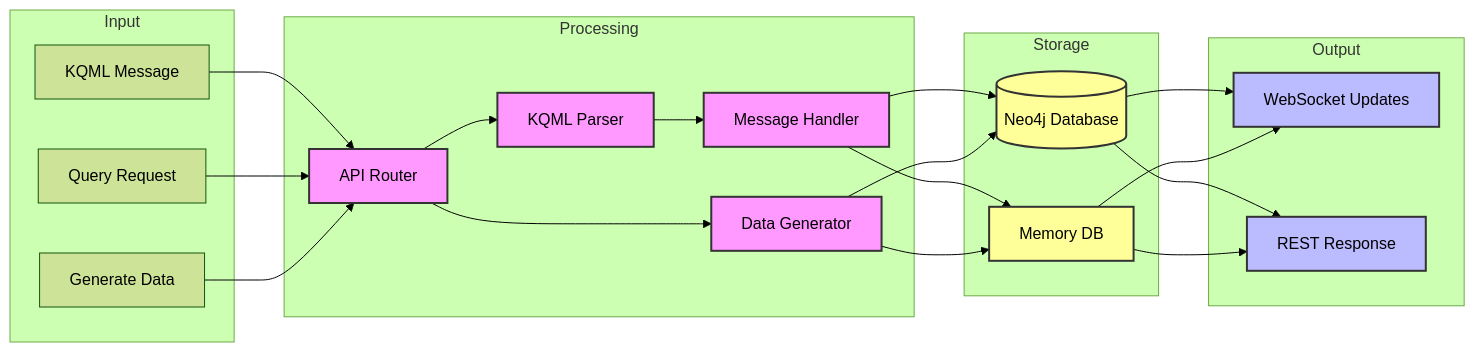
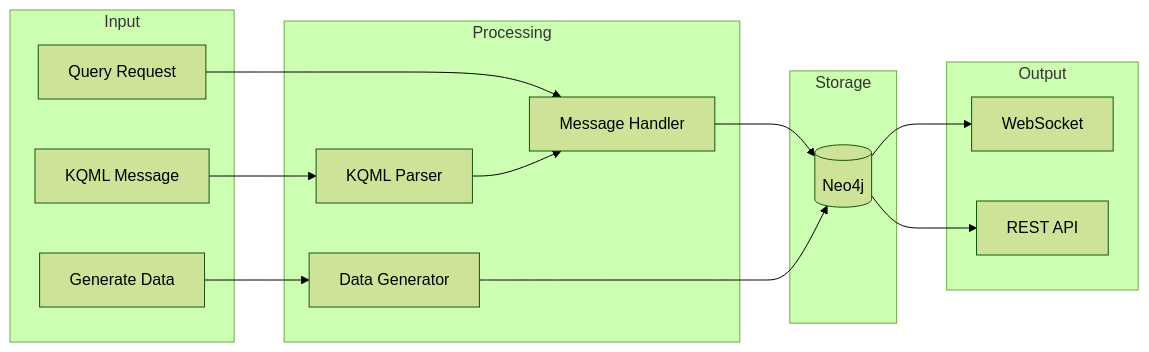
One commit to JtPerez-Acle/NeuroSpark changed the fifth of 5 diagrams in README.md. Above: the diagram before and after it, drawn with Mermaid (forest theme). The commit also changed other lines of this file and 58 other files, not shown here.

````diff
--- a/README.md
+++ b/README.md
@@ -184,51 +282,34 @@
 ```mermaid
 flowchart LR
     subgraph Input
         KQML[KQML Message]
         Query[Query Request]
         Gen[Generate Data]
     end
 
     subgraph Processing
         Parser[KQML Parser]
         Handler[Message Handler]
         Generator[Data Generator]
-        Router[API Router]
     end
 
     subgraph Storage
-        DB[(Neo4j Database)]
-        Memory[Memory DB]
+        Neo4j[(Neo4j)]
     end
 
     subgraph Output
-        WS[WebSocket Updates]
-        REST[REST Response]
+        WS[WebSocket]
+        API[REST API]
     end
 
-    KQML --> Router
-    Query --> Router
-    Gen --> Router
+    KQML --> Parser
+    Query --> Handler
+    Gen --> Generator
 
-    Router --> Parser
-    Router --> Generator
     Parser --> Handler
-    
-    Handler --> DB
-    Handler --> Memory
-    Generator --> DB
-    Generator --> Memory
+    Handler --> Neo4j
+    Generator --> Neo4j
 
-    DB --> WS
-    DB --> REST
-    Memory --> WS
-    Memory --> REST
-
-    classDef primary fill:#f9f,stroke:#333,stroke-width:2px
-    classDef secondary fill:#bbf,stroke:#333,stroke-width:2px
-    classDef storage fill:#ff9,stroke:#333,stroke-width:2px
-    
-    class Parser,Handler,Generator,Router primary
-    class DB,Memory storage
-    class WS,REST secondary
+    Neo4j --> API
+    Neo4j --> WS
 ```
````
